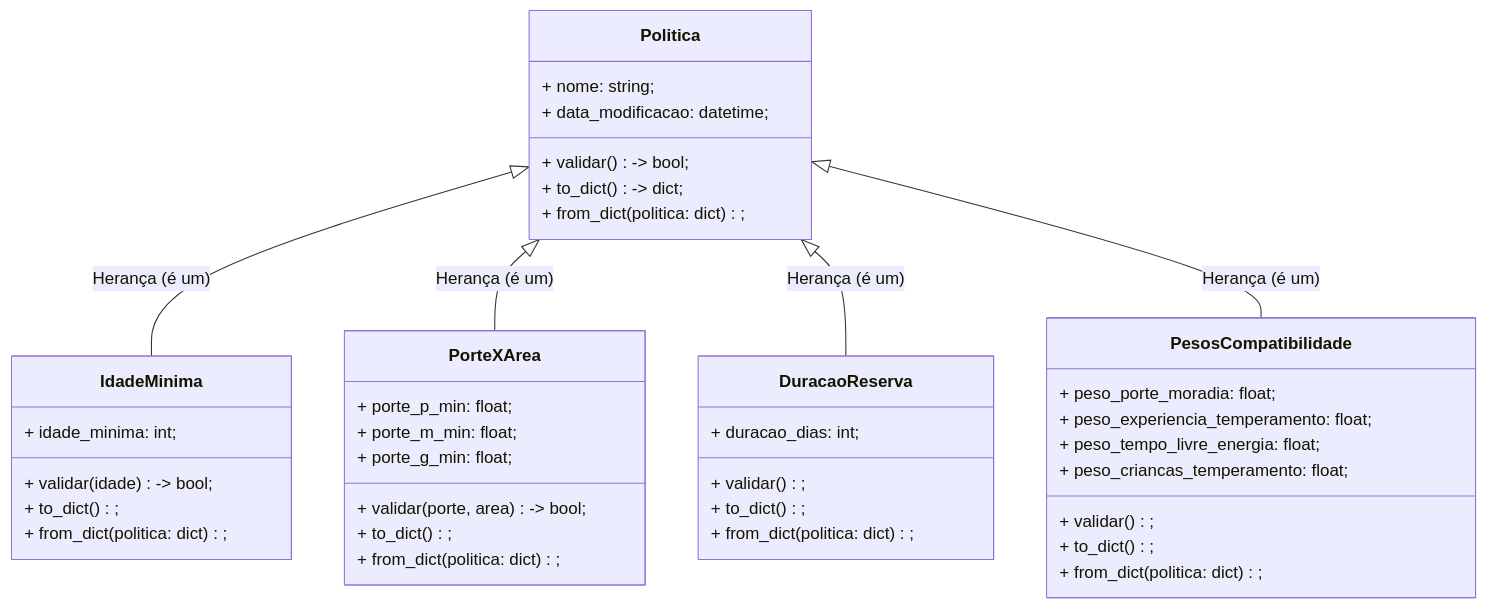
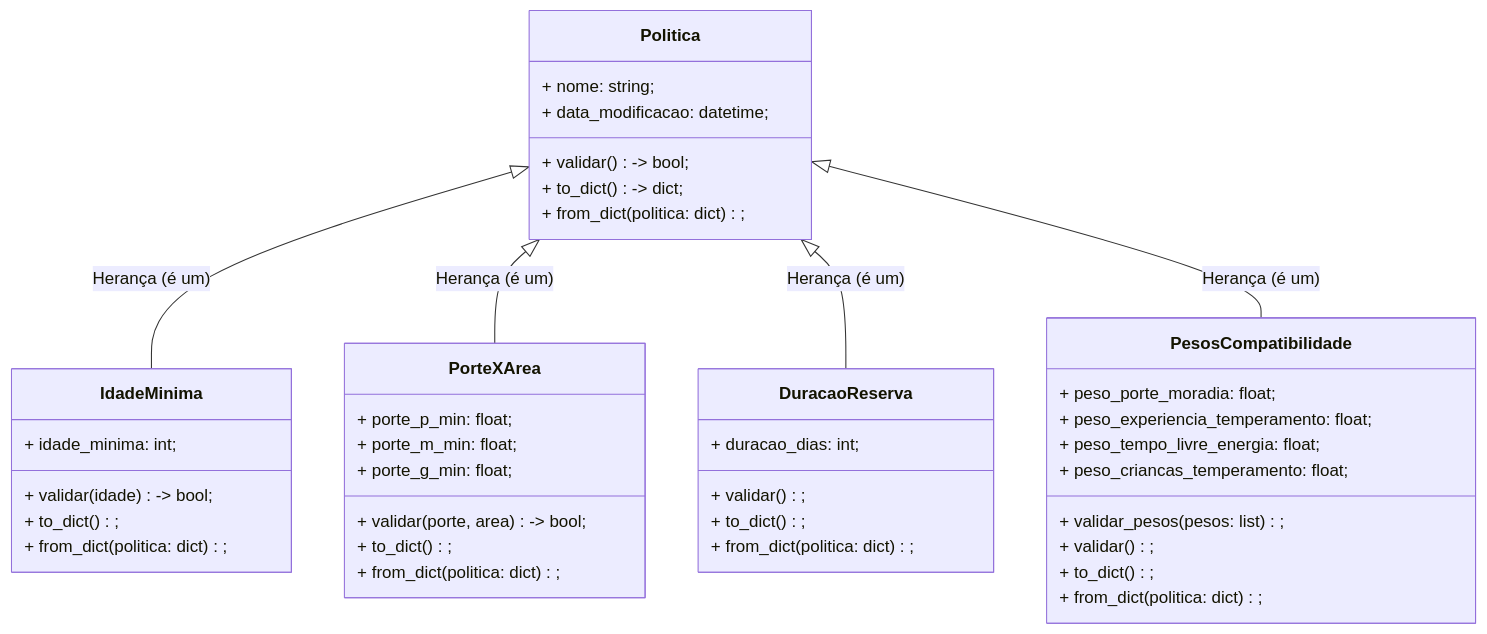
The seventh of 8 diagrams in docs/uml.md (Alisson014/projeto-1-poo-sistema-adocao-animais), drawn with Mermaid before and after one commit. The commit also changed other lines of this file, not shown here.

Commit message:
docs: synchronize uml modeling with models

````diff
--- a/docs/uml.md
+++ b/docs/uml.md
@@ -301,50 +305,51 @@
 ```mermaid
 classDiagram
     %% Classes:
     class Politica {
         + nome: string;
         + data_modificacao: datetime;
         + validar() -> bool;
         + to_dict() -> dict;
         + from_dict(politica: dict);
     }
 
     class IdadeMinima {
         + idade_minima: int;
         + validar(idade) -> bool;
         + to_dict();
         + from_dict(politica: dict);
     }
 
     class PorteXArea {
         + porte_p_min: float;
         + porte_m_min: float;
         + porte_g_min: float;
         + validar(porte, area) -> bool;
         + to_dict();
         + from_dict(politica: dict);
     }
 
     class DuracaoReserva {
         + duracao_dias: int;
         + validar();
         + to_dict();
         + from_dict(politica: dict);
     }
 
     class PesosCompatibilidade {
         + peso_porte_moradia: float;
         + peso_experiencia_temperamento: float;
         + peso_tempo_livre_energia: float;
         + peso_criancas_temperamento: float;
+        + validar_pesos(pesos: list);
         + validar();
         + to_dict();
         + from_dict(politica: dict);
     }
 
     %% Relacionamentos:
     Politica <|-- IdadeMinima : Herança (é um)
     Politica <|-- PorteXArea : Herança (é um)
     Politica <|-- DuracaoReserva : Herança (é um)
     Politica <|-- PesosCompatibilidade : Herança (é um)
 ```
````
